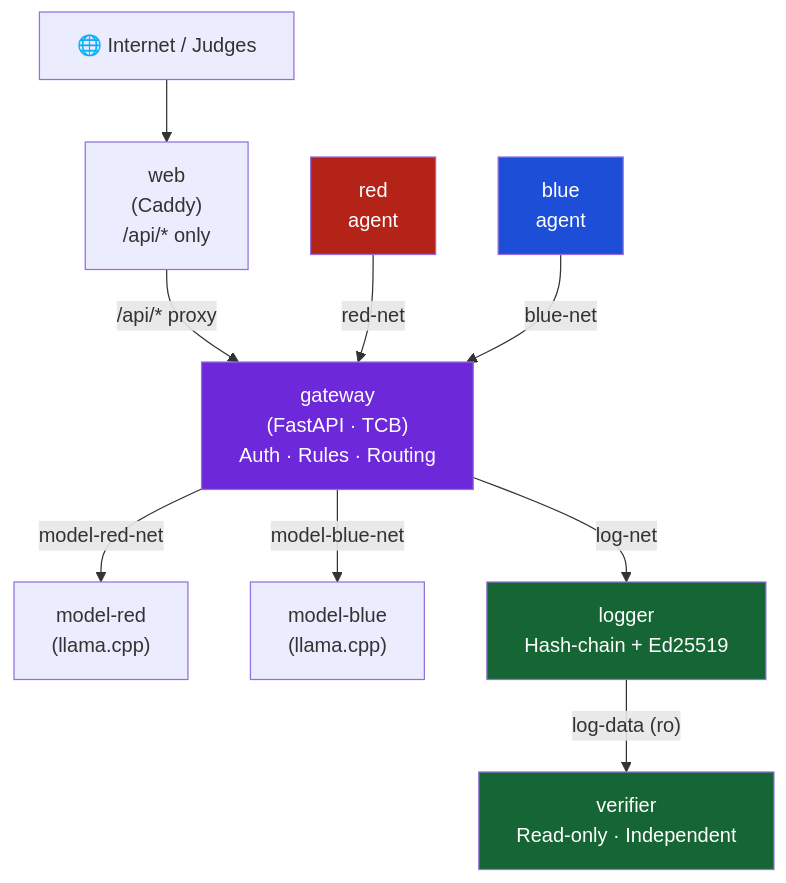
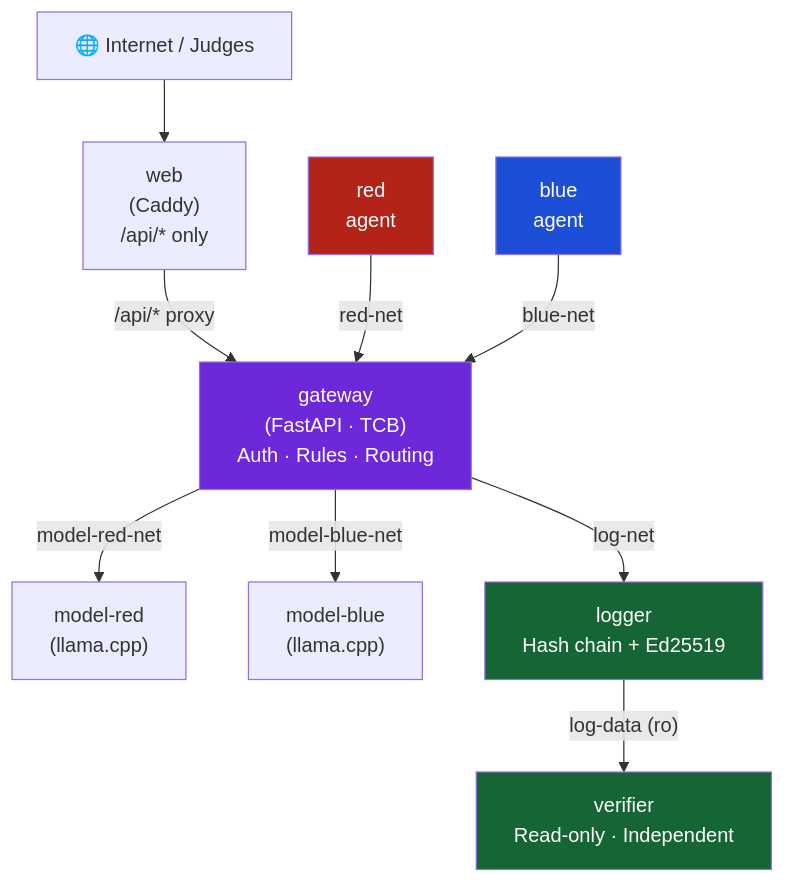
One commit to harshsingh2275/Bayora changed the first of 6 diagrams in README.md. Above: the diagram before and after it, drawn with Mermaid. The commit also changed other lines of this file and 2 other files, not shown here.

````diff
--- a/README.md
+++ b/README.md
@@ -41,27 +65,27 @@
 ```mermaid
 flowchart TD
     Internet["🌐 Internet / Judges"]
-    Web["web\n(Caddy)\n/api/* only"]
-    Gateway["gateway\n(FastAPI · TCB)\nAuth · Rules · Routing"]
-    Red["red\nagent"]
-    Blue["blue\nagent"]
-    ModelRed["model-red\n(llama.cpp)"]
-    ModelBlue["model-blue\n(llama.cpp)"]
-    Logger["logger\nHash-chain + Ed25519"]
-    Verifier["verifier\nRead-only · Independent"]
+    Web["web<br/>(Caddy)<br/>/api/* only"]
+    Gateway["gateway<br/>(FastAPI · TCB)<br/>Auth · Rules · Routing"]
+    Red["red<br/>agent"]
+    Blue["blue<br/>agent"]
+    ModelRed["model-red<br/>(llama.cpp)"]
+    ModelBlue["model-blue<br/>(llama.cpp)"]
+    Logger["logger<br/>Hash chain + Ed25519"]
+    Verifier["verifier<br/>Read-only · Independent"]
 
     Internet --> Web
     Web -->|"/api/* proxy"| Gateway
     Red -->|"red-net"| Gateway
     Blue -->|"blue-net"| Gateway
     Gateway -->|"model-red-net"| ModelRed
     Gateway -->|"model-blue-net"| ModelBlue
     Gateway -->|"log-net"| Logger
     Logger -->|"log-data (ro)"| Verifier
 
     style Gateway fill:#6D28D9,color:#fff
     style Red fill:#B42318,color:#fff
     style Blue fill:#1D4ED8,color:#fff
     style Logger fill:#166534,color:#fff
     style Verifier fill:#166534,color:#fff
 ```
````
